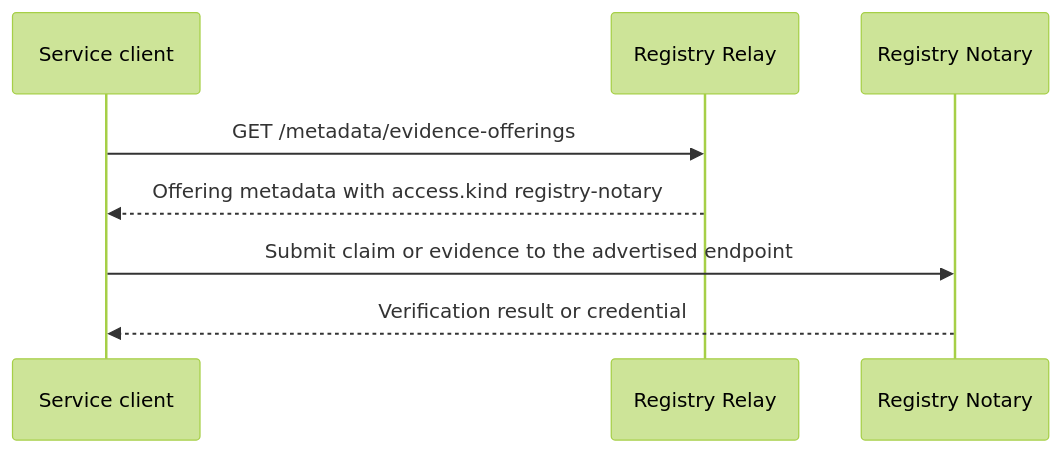
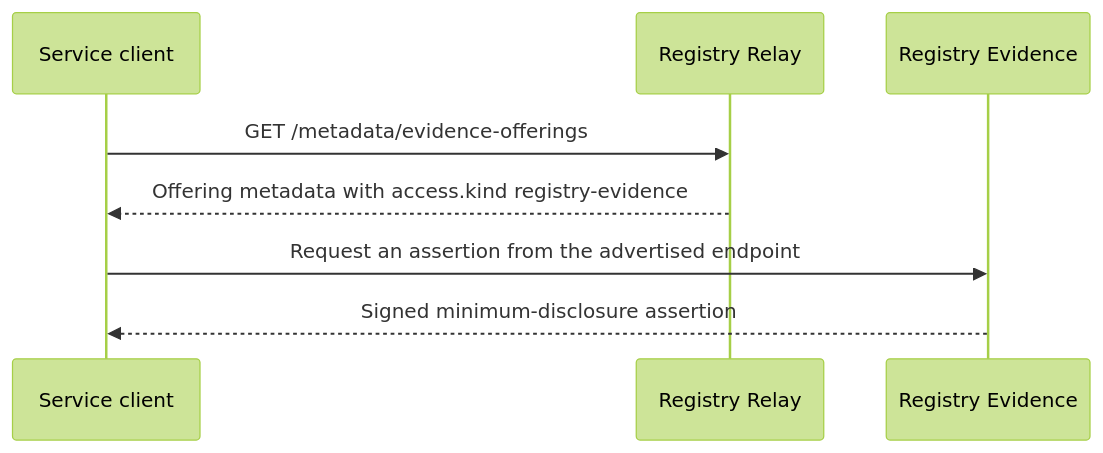
One commit to registrystack/registry-stack changed the second of 2 diagrams in crates/registry-relay/docs/client-integration.md. Above: the diagram before and after it, drawn with Mermaid (forest theme). The commit also changed other lines of this file and 9 other files, not shown here.

First line of the commit message:
docs(relay): rewrite crate docs around Relay and Evidence

````diff
--- a/crates/registry-relay/docs/client-integration.md
+++ b/crates/registry-relay/docs/client-integration.md
@@ -270,11 +271,11 @@
 ```mermaid
 sequenceDiagram
   participant Client as Service client
   participant Relay as Registry Relay
-  participant Notary as Registry Notary
+  participant Evidence as Registry Evidence
 
   Client->>Relay: GET /metadata/evidence-offerings
-  Relay-->>Client: Offering metadata with access.kind registry-notary
-  Client->>Notary: Submit claim or evidence to the advertised endpoint
-  Notary-->>Client: Verification result or credential
+  Relay-->>Client: Offering metadata with access.kind registry-evidence
+  Client->>Evidence: Request an assertion from the advertised endpoint
+  Evidence-->>Client: Signed minimum-disclosure assertion
 ```
````
